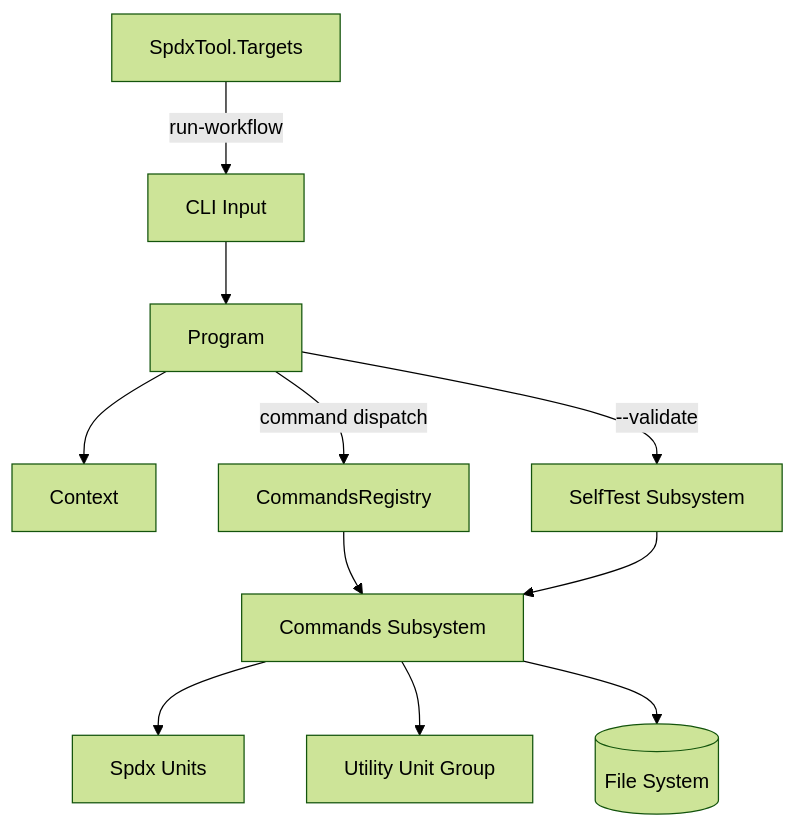
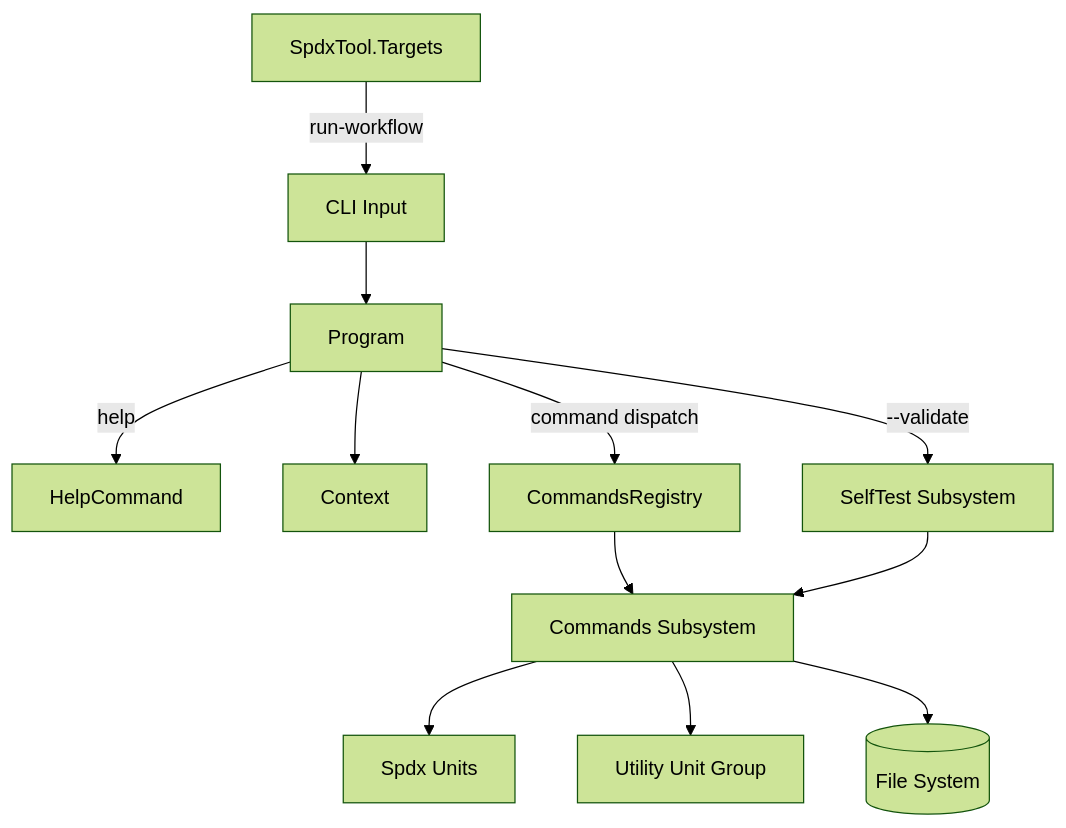
The diagram in docs/design/spdx-tool.md (demaconsulting/SpdxTool), drawn with Mermaid (forest theme) before and after one commit. The commit also changed other lines of this file and 69 other files, not shown here.

````diff
--- a/docs/design/spdx-tool.md
+++ b/docs/design/spdx-tool.md
@@ -17,13 +18,14 @@
 ```mermaid
 flowchart TD
     CLI[CLI Input] --> Program
+    Program -->|help| HC[HelpCommand]
     Program --> Context[Context]
     Program -->|command dispatch| CR[CommandsRegistry]
     Program -->|--validate| ST[SelfTest Subsystem]
     CR --> CMD[Commands Subsystem]
     CMD --> SU[Spdx Units]
     CMD --> UU[Utility Unit Group]
     CMD --> FS[(File System)]
     ST --> CMD
     MSBuild[SpdxTool.Targets] -->|run-workflow| CLI
 ```
````
